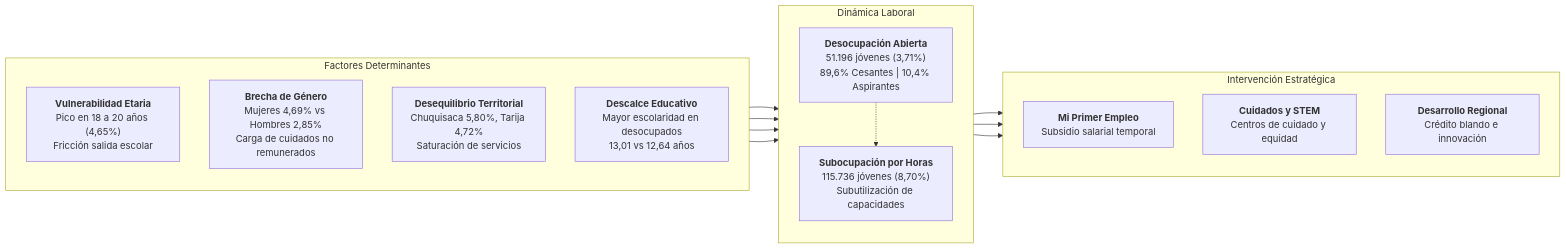
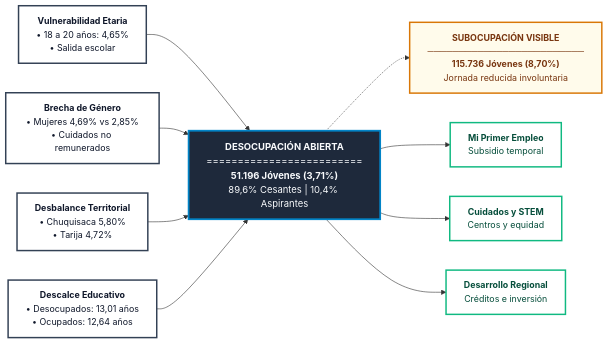
The third of 3 diagrams in docs/GonzalesSuyo_Franz_ActividadNº1.md (Franz-Gonzales/Proyecto-Final-Data-Science), drawn with Mermaid before and after one commit. The commit also changed other lines of this file and 3 other files, not shown here.

````diff
--- a/docs/GonzalesSuyo_Franz_ActividadNº1.md
+++ b/docs/GonzalesSuyo_Franz_ActividadNº1.md
@@ -416,32 +428,35 @@
 ```mermaid
 flowchart LR
-    subgraph Factores["Factores Determinantes"]
-        direction TB
-        F1["<b>Vulnerabilidad Etaria</b><br/>Pico en 18 a 20 años (4,65%)<br/>Fricción salida escolar"]
-        F2["<b>Brecha de Género</b><br/>Mujeres 4,69% vs Hombres 2,85%<br/>Carga de cuidados no remunerados"]
-        F3["<b>Desequilibrio Territorial</b><br/>Chuquisaca 5,80%, Tarija 4,72%<br/>Saturación de servicios"]
-        F4["<b>Descalce Educativo</b><br/>Mayor escolaridad en desocupados<br/>13,01 vs 12,64 años"]
-    end
+    %% ESTILOS MONOCROMÁTICOS CON ACENTO
+    classDef cardLeft fill:#FFFFFF,stroke:#334155,stroke-width:2.5px,color:#0F172A,font-size:15px;
+    classDef cardCenter fill:#1E293B,stroke:#0284C7,stroke-width:3px,color:#F8FAFC,font-size:16px;
+    classDef cardWarning fill:#FFFBEB,stroke:#D97706,stroke-width:2.5px,color:#78350F,font-size:15px;
+    classDef cardRight fill:#FFFFFF,stroke:#10B981,stroke-width:2.5px,color:#064E3B,font-size:15px;
 
-    subgraph Dinamica["Dinámica Laboral"]
-        direction TB
-        D1["<b>Desocupación Abierta</b><br/>51.196 jóvenes (3,71%)<br/>89,6% Cesantes | 10,4% Aspirantes"]
-        D2["<b>Subocupación por Horas</b><br/>115.736 jóvenes (8,70%)<br/>Subutilización de capacidades"]
-    end
+    %% BLOQUE CAUSAS
+    F1["<b>Vulnerabilidad Etaria</b><br/>• 18 a 20 años: 4,65%<br/>• Salida escolar"]:::cardLeft
+    F2["<b>Brecha de Género</b><br/>• Mujeres 4,69% vs 2,85%<br/>• Cuidados no remunerados"]:::cardLeft
+    F3["<b>Desbalance Territorial</b><br/>• Chuquisaca 5,80%<br/>• Tarija 4,72%"]:::cardLeft
+    F4["<b>Descalce Educativo</b><br/>• Desocupados: 13,01 años<br/>• Ocupados: 12,64 años"]:::cardLeft
 
-    subgraph Politicas["Intervención Estratégica"]
-        direction TB
-        P1["<b>Mi Primer Empleo</b><br/>Subsidio salarial temporal"]
-        P2["<b>Cuidados y STEM</b><br/>Centros de cuidado y equidad"]
-        P3["<b>Desarrollo Regional</b><br/>Crédito blando e innovación"]
-    end
+    %% NÚCLEO IMPACTO
+    D1["<b>DESOCUPACIÓN ABIERTA</b><br/>=========================<br/><b>51.196 Jóvenes (3,71%)</b><br/>89,6% Cesantes | 10,4% Aspirantes"]:::cardCenter
+    D2["<b>SUBOCUPACIÓN VISIBLE</b><br/>─────────────────────────<br/><b>115.736 Jóvenes (8,70%)</b><br/>Jornada reducida involuntaria"]:::cardWarning
 
+    %% SOLUCIONES
+    P1["<b>Mi Primer Empleo</b><br/>Subsidio temporal"]:::cardRight
+    P2["<b>Cuidados y STEM</b><br/>Centros y equidad"]:::cardRight
+    P3["<b>Desarrollo Regional</b><br/>Créditos e inversión"]:::cardRight
+
+    %% ENLACES
     F1 --> D1
     F2 --> D1
     F3 --> D1
     F4 --> D1
+
     D1 -.-> D2
+
     D1 --> P1
     D1 --> P2
     D1 --> P3
 ```
````
